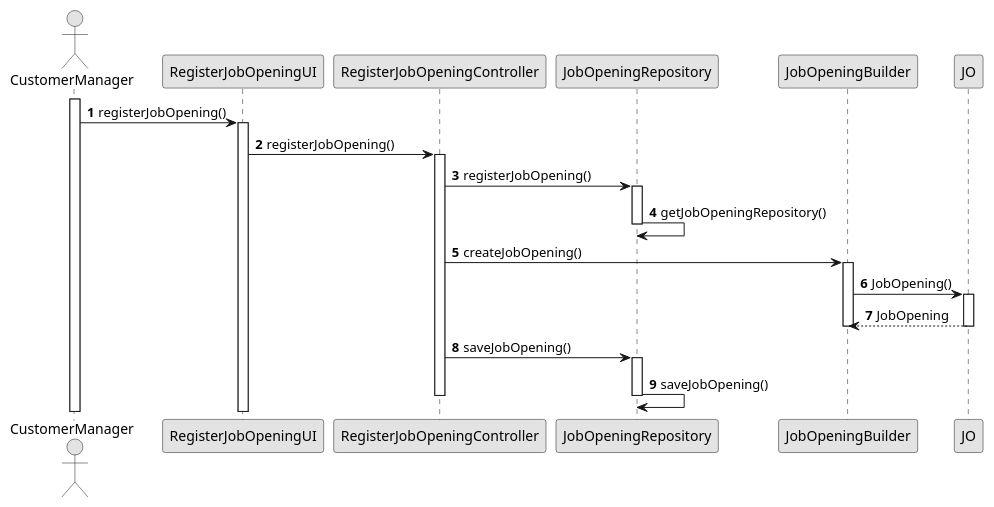
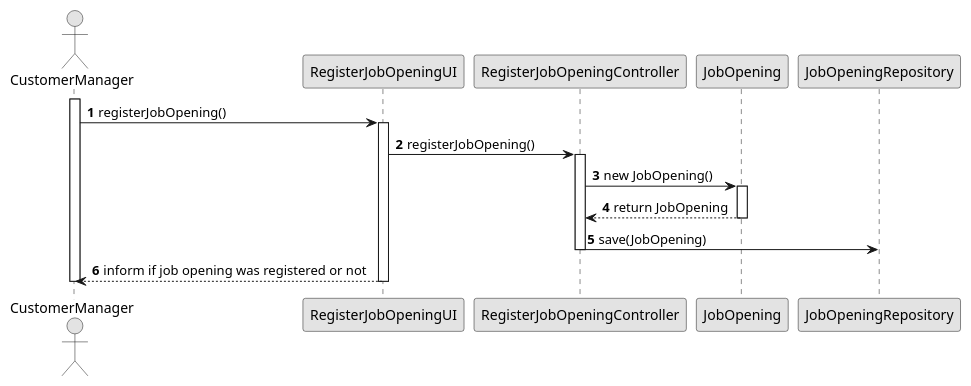
One commit to Goncalves2525/Jobs4U-Talent-Acquisition-Management-System changed the diagram in docs/Sprint B/us_1002/sequence-diagram.puml. Above: the diagram before and after it, drawn with PlantUML.

Commit message:
US1002 - Created Sequence Diagram #14

```diff
--- a/docs/Sprint B/us_1002/sequence-diagram.puml
+++ b/docs/Sprint B/us_1002/sequence-diagram.puml
@@ -1,42 +1,35 @@
 @startuml
 skinparam monochrome true
 skinparam packageStyle rectangle
 skinparam shadowing false
 
 autonumber
 
 'hide footbox
 actor "CustomerManager" as CM
 participant "RegisterJobOpeningUI" as UI
 participant "RegisterJobOpeningController" as CTRL
+participant "JobOpening" as JO
 participant "JobOpeningRepository" as JOREPO
-participant "JobOpeningBuilder" as JOBUILDER
+
 
 
 activate CM
     CM -> UI : registerJobOpening()
     activate UI
         UI -> CTRL : registerJobOpening()
         activate CTRL
-            CTRL -> JOREPO : registerJobOpening()
-            activate JOREPO
-                JOREPO -> JOREPO : getJobOpeningRepository()
-                deactivate JOREPO
-            CTRL -> JOBUILDER : createJobOpening()
-            activate JOBUILDER
-                JOBUILDER -> JO : JobOpening()
-                activate JO
-                JO --> JOBUILDER : JobOpening
-                deactivate JO
-            deactivate JOBUILDER
-            CTRL -> JOREPO : saveJobOpening()
-            activate JOREPO
-            JOREPO -> JOREPO : saveJobOpening()
-            deactivate JOREPO
+            CTRL -> JO : new JobOpening()
+            activate JO
+                JO --> CTRL : return JobOpening
+            deactivate JO
+            CTRL -> JOREPO : save(JobOpening)
         deactivate CTRL
-
+        UI --> CM : inform if job opening was registered or not
+    deactivate UI
+deactivate CM
 
 
 
 
 @enduml
```
